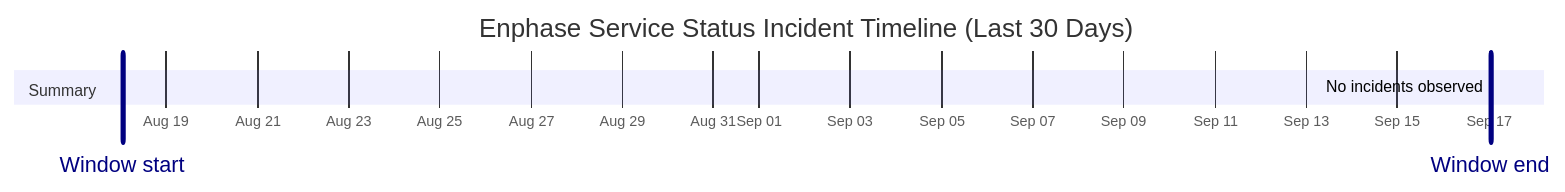
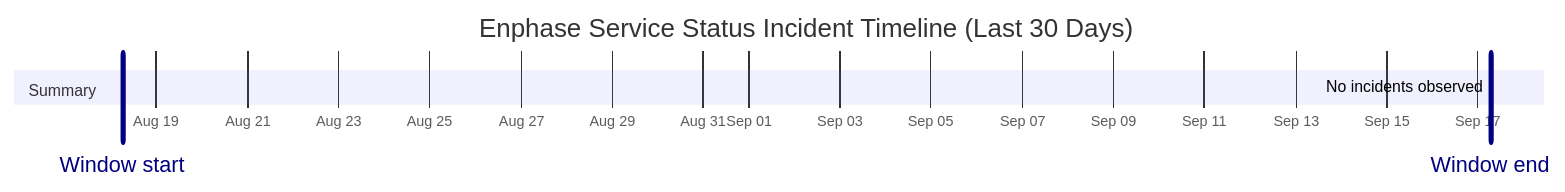
Before and after one commit to barneyonline/ha-enphase-energy: the diagram in wiki/Service-Status-History.md, drawn with Mermaid. The commit also changed other lines of this file and 3 other files, not shown here.

````diff
--- a/wiki/Service-Status-History.md
+++ b/wiki/Service-Status-History.md
@@ -14,10 +14,10 @@
 ```mermaid
 gantt
     title Enphase Service Status Incident Timeline (Last 30 Days)
     dateFormat  YYYY-MM-DDTHH:mm:ss
     axisFormat  %b %d
-    Window start :vert, window-start, 2026-08-18T01:05:05, 0ms
-    Window end :vert, window-end, 2026-09-17T01:05:05, 0ms
+    Window start :vert, window-start, 2026-08-18T06:26:00, 0ms
+    Window end :vert, window-end, 2026-09-17T06:26:00, 0ms
     section Summary
-    No incidents observed :done, 2026-09-17T01:05:05, 1m
+    No incidents observed :done, 2026-09-17T06:26:00, 1m
 ```
````
